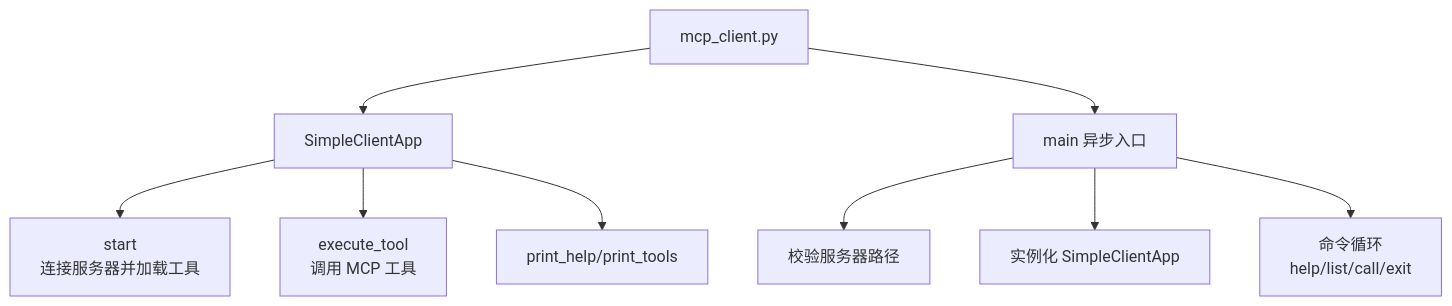
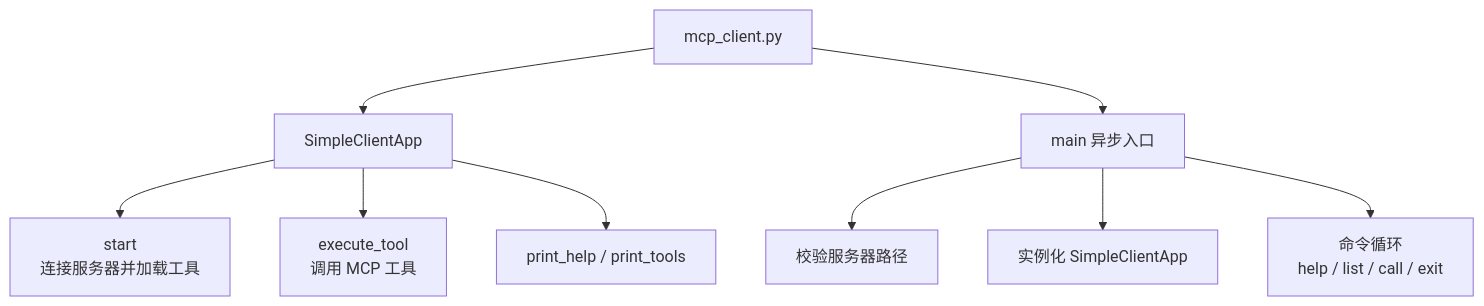
Before and after one commit to FlyAIBox/AIAgent101: the first of 2 diagrams in 02-agent-llm-mcp/mcp-demo/doc/mcp_client.md, drawn with Mermaid. The commit also changed other lines of this file and 3 other files, not shown here.

````diff
--- a/02-agent-llm-mcp/mcp-demo/doc/mcp_client.md
+++ b/02-agent-llm-mcp/mcp-demo/doc/mcp_client.md
@@ -8,11 +8,11 @@
 ```mermaid
 graph TD
-    A[mcp_client.py] --> B[SimpleClientApp]
-    B --> B1[start\n连接服务器并加载工具]
-    B --> B2[execute_tool\n调用 MCP 工具]
-    B --> B3[print_help/print_tools]
-    A --> C[main 异步入口]
-    C --> C1[校验服务器路径]
-    C --> C2[实例化 SimpleClientApp]
-    C --> C3[命令循环\nhelp/list/call/exit]
+    A["mcp_client.py"] --> B["SimpleClientApp"]
+    B --> B1["start<br/>连接服务器并加载工具"]
+    B --> B2["execute_tool<br/>调用 MCP 工具"]
+    B --> B3["print_help / print_tools"]
+    A --> C["main 异步入口"]
+    C --> C1["校验服务器路径"]
+    C --> C2["实例化 SimpleClientApp"]
+    C --> C3["命令循环<br/>help / list / call / exit"]
 ```
````
